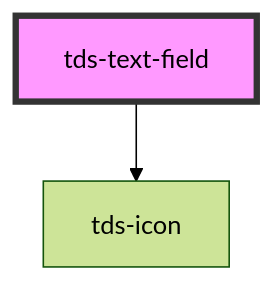
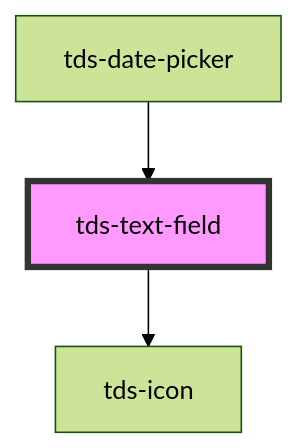
The diagram in packages/core/src/components/text-field/readme.md (scania-digital-design-system/tegel), drawn with Mermaid (forest theme) before and after one commit. The commit also changed other lines of this file and 20 other files, not shown here.

Commit message:
feat(date picker): inital date picker development

````diff
--- a/packages/core/src/components/text-field/readme.md
+++ b/packages/core/src/components/text-field/readme.md
@@ -56,5 +60,6 @@
 ```mermaid
 graph TD;
   tds-text-field --> tds-icon
+  tds-date-picker --> tds-text-field
   style tds-text-field fill:#f9f,stroke:#333,stroke-width:4px
 ```
````
